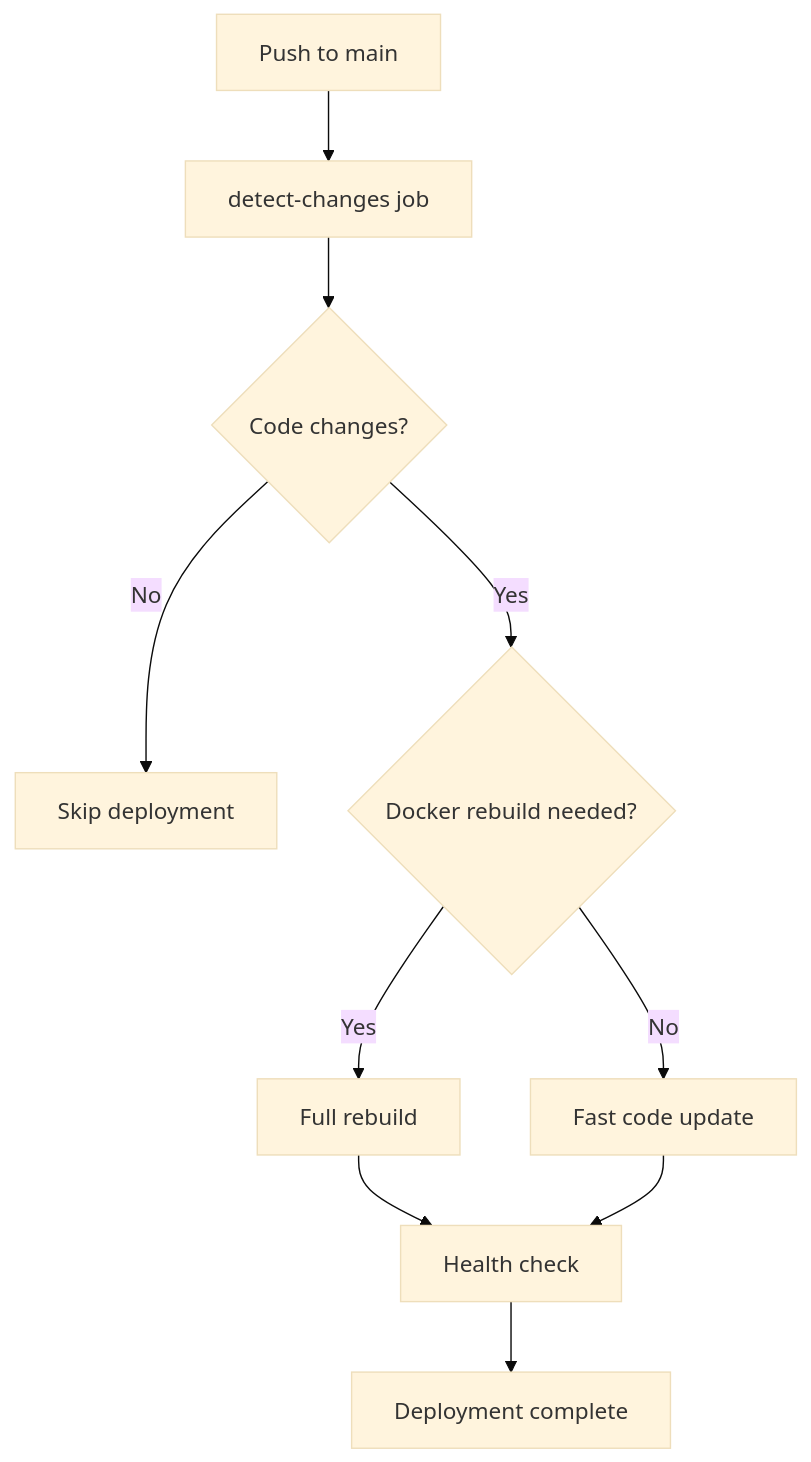
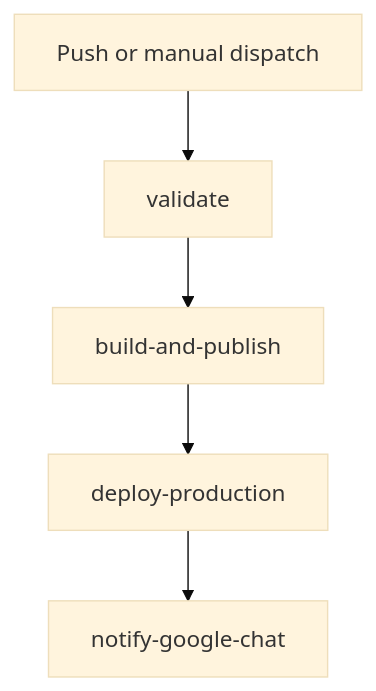
One commit to edilsonsantos-co-za/es-portfolio changed the diagram in DEPLOYMENT.md. Above: the diagram before and after it, drawn with Mermaid (base theme). The commit also changed other lines of this file and 3 other files, not shown here.

````diff
--- a/DEPLOYMENT.md
+++ b/DEPLOYMENT.md
@@ -133,12 +147,7 @@
 ```mermaid
 graph TD
-    A[Push to main] --> B[detect-changes job]
-    B --> C{Code changes?}
-    C -->|No| D[Skip deployment]
-    C -->|Yes| E{Docker rebuild needed?}
-    E -->|Yes| F[Full rebuild]
-    E -->|No| G[Fast code update]
-    F --> H[Health check]
-    G --> H[Health check]
-    H --> I[Deployment complete]
+    A[Push or manual dispatch] --> B[validate]
+    B --> C[build-and-publish]
+    C --> D[deploy-production]
+    D --> E[notify-google-chat]
 ```
````
